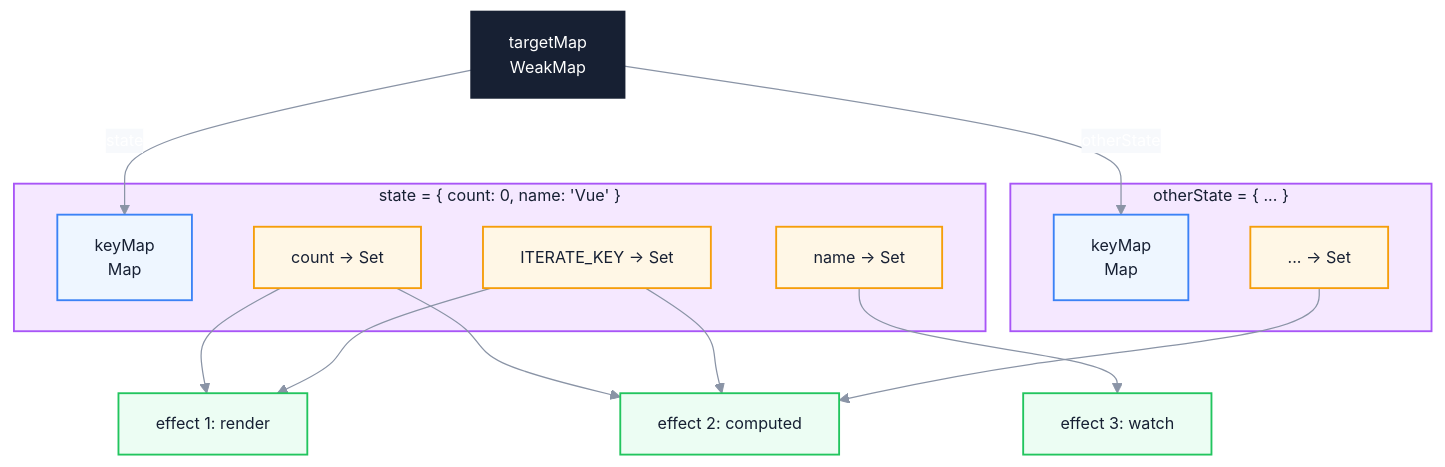
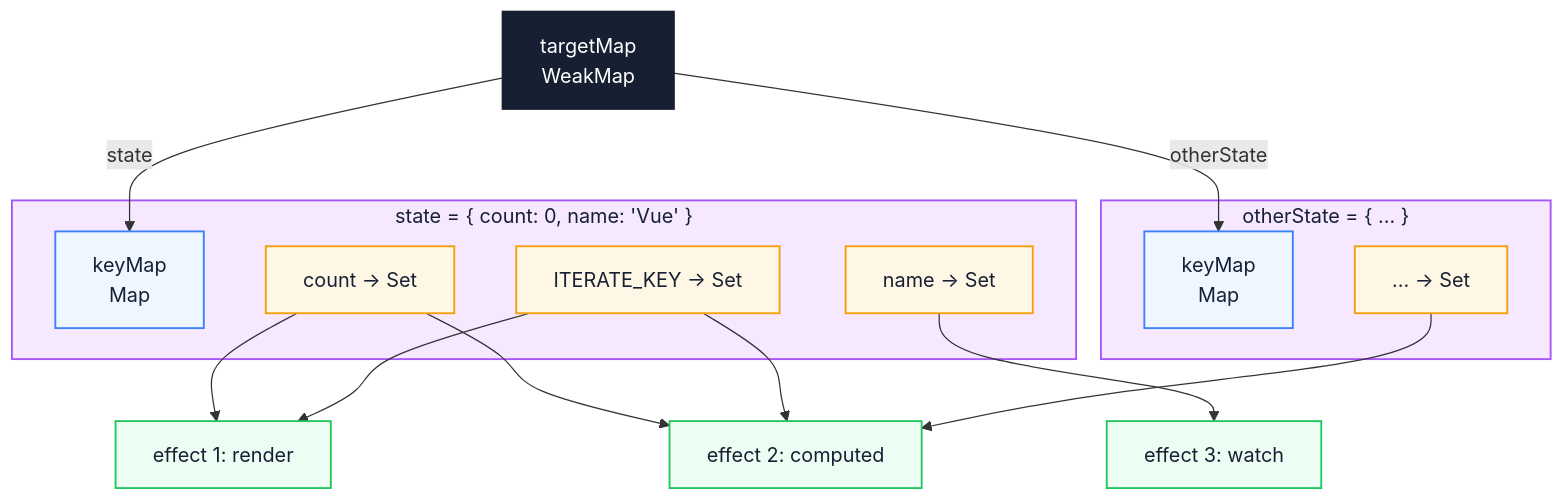
One commit to Fatejian/frontier-vault changed the first of 3 diagrams in docs/en/frameworks/vue3-reactivity.md. Above: the diagram before and after it, drawn with Mermaid. The commit also changed other lines of this file and 41 other files, not shown here.

````diff
--- a/docs/en/frameworks/vue3-reactivity.md
+++ b/docs/en/frameworks/vue3-reactivity.md
@@ -427,40 +394,39 @@
 ```mermaid
-%%{init: {'theme': 'base', 'themeVariables': { 'fontFamily': 'Inter, PingFang SC, Microsoft YaHei, sans-serif', 'primaryColor': '#EEF6FF', 'primaryTextColor': '#172033', 'primaryBorderColor': '#6EA8FE', 'lineColor': '#8A94A6', 'secondaryColor': '#F7F9FC', 'tertiaryColor': '#FFF7E6', 'fontSize': '13px'}}}%%
 flowchart TB
     TM["targetMap<br/>WeakMap"]
 
     subgraph T1["state = { count: 0, name: 'Vue' }"]
         K1["keyMap<br/>Map"]
         K1A["count -> Set"]
         K1B["name -> Set"]
         K1C["ITERATE_KEY -> Set"]
     end
 
     subgraph T2["otherState = { ... }"]
         K2["keyMap<br/>Map"]
         K2A["... -> Set"]
     end
 
     TM -->|state| K1
     TM -->|otherState| K2
 
     K1A --> E1["effect 1: render"]
     K1A --> E2["effect 2: computed"]
     K1B --> E3["effect 3: watch"]
     K1C --> E1
     K1C --> E2
 
     K2A --> E2
 
-    classDef root fill:#172033,color:#fff,stroke:#172033,stroke-width:2px;
-    classDef target fill:#F5E8FF,stroke:#A855F7,color:#172033,stroke-width:1.5px;
-    classDef keymap fill:#EEF6FF,stroke:#3B82F6,color:#172033,stroke-width:1.5px;
-    classDef dep fill:#FFF7E6,stroke:#F59E0B,color:#172033,stroke-width:1.5px;
-    classDef effect fill:#ECFDF3,stroke:#22C55E,color:#172033,stroke-width:1.5px;
+    classDef core fill:#172033,color:#fff,stroke:#172033,stroke-width:2px;
+    classDef metric fill:#F5E8FF,stroke:#A855F7,color:#172033,stroke-width:1.5px;
+    classDef wait fill:#EEF6FF,stroke:#3B82F6,color:#172033,stroke-width:1.5px;
+    classDef block fill:#FFF7E6,stroke:#F59E0B,color:#172033,stroke-width:1.5px;
+    classDef work fill:#ECFDF3,stroke:#22C55E,color:#172033,stroke-width:1.5px;
 
-    class TM root;
-    class T1,T2 target;
-    class K1,K2 keymap;
-    class K1A,K1B,K1C,K2A dep;
-    class E1,E2,E3 effect;
+    class TM core;
+    class T1,T2 metric;
+    class K1,K2 wait;
+    class K1A,K1B,K1C,K2A block;
+    class E1,E2,E3 work;
 ```
````
